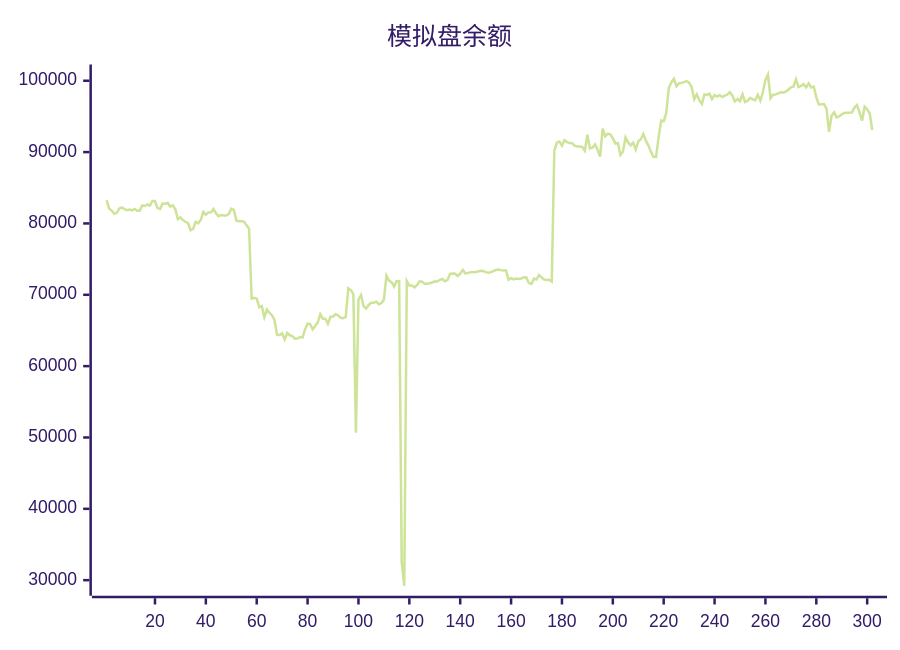
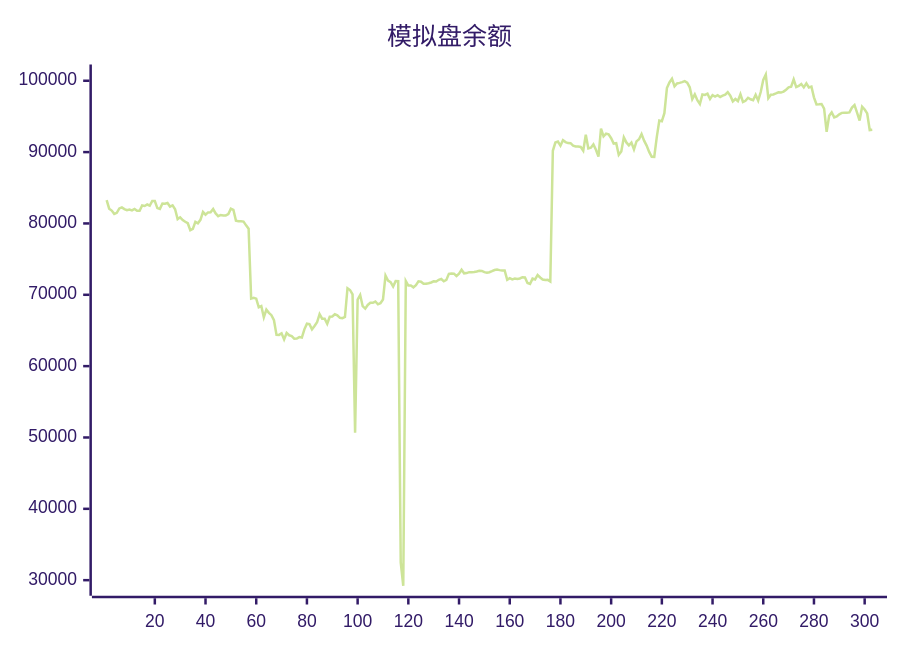
The diagram in README.md (aahl/ai-trading), drawn with Mermaid (forest theme) before and after one commit. The commit also changed other lines of this file and 1 other file, not shown here.

````diff
--- a/README.md
+++ b/README.md
@@ -5,5 +5,5 @@
 ```mermaid
 xychart
     title "模拟盘余额"
-    line [83275,82072,81806,81344,81492,82109,82254,82006,81848,81955,81829,82022,81769,81776,82522,82441,82656,82498,83144,83144,82150,82038,82797,82763,82872,82367,82536,81981,80612,80862,80484,80242,80034,79063,79245,80226,80016,80507,81625,81233,81544,81578,82016,81401,81019,81186,81130,81118,81306,82066,81909,80392,80304,80291,80258,79729,79261,69466,69579,69456,68251,68415,66832,67911,67462,67144,66432,64380,64375,64606,63740,64647,64324,64216,63842,63877,64078,64008,65156,65945,65888,65157,65625,66144,67284,66653,66639,65924,66925,66956,67263,67108,66766,66729,66886,70927,70673,70049,50652,69334,69973,68400,68061,68578,68876,68879,69055,68662,68822,69329,72687,71999,71760,71162,71911,71896,32500,29218,71927,71297,71305,71044,71337,71883,71822,71536,71536,71622,71723,71880,71860,72100,72216,71887,72077,72940,72976,72966,72638,72948,73497,73004,73041,73173,73160,73186,73258,73375,73351,73173,73098,73161,73305,73474,73536,73457,73413,73412,72100,72333,72164,72272,72204,72285,72461,72421,71652,71521,72267,72157,72774,72424,72144,72060,72091,71858,90185,91338,91466,90900,91678,91404,91268,91244,90903,90779,90787,90721,90187,92429,90518,90619,91070,90328,89376,93286,92202,92581,92485,91947,91196,91259,89619,90086,92063,91355,90950,91327,90373,91498,91800,92531,91603,90910,90031,89351,89334,92097,94406,94315,95455,98972,99763,100286,99229,99622,99701,99805,99938,99738,99082,97430,98094,97267,96741,98081,98013,98194,97447,97983,97789,97969,97729,97911,98043,98405,97912,97120,97448,97154,98095,97021,97190,97616,97402,97263,98035,97210,98424,100120,100876,97552,98049,98085,98228,98388,98342,98488,98750,99086,99181,100188,99107,99272,99553,99072,99636,99061,99186,97674,96679,96704,96743,96096,92830,95088,95560,94866,94995,95295,95497,95531,95527,95559,96236,96597,95538,94422,96363,95972,95418,93094]
+    line [83275,82072,81806,81344,81492,82109,82254,82006,81848,81955,81829,82022,81769,81776,82522,82441,82656,82498,83144,83144,82150,82038,82797,82763,82872,82367,82536,81981,80612,80862,80484,80242,80034,79063,79245,80226,80016,80507,81625,81233,81544,81578,82016,81401,81019,81186,81130,81118,81306,82066,81909,80392,80304,80291,80258,79729,79261,69466,69579,69456,68251,68415,66832,67911,67462,67144,66432,64380,64375,64606,63740,64647,64324,64216,63842,63877,64078,64008,65156,65945,65888,65157,65625,66144,67284,66653,66639,65924,66925,66956,67263,67108,66766,66729,66886,70927,70673,70049,50652,69334,69973,68400,68061,68578,68876,68879,69055,68662,68822,69329,72687,71999,71760,71162,71911,71896,32500,29218,71927,71297,71305,71044,71337,71883,71822,71536,71536,71622,71723,71880,71860,72100,72216,71887,72077,72940,72976,72966,72638,72948,73497,73004,73041,73173,73160,73186,73258,73375,73351,73173,73098,73161,73305,73474,73536,73457,73413,73412,72100,72333,72164,72272,72204,72285,72461,72421,71652,71521,72267,72157,72774,72424,72144,72060,72091,71858,90185,91338,91466,90900,91678,91404,91268,91244,90903,90779,90787,90721,90187,92429,90518,90619,91070,90328,89376,93286,92202,92581,92485,91947,91196,91259,89619,90086,92063,91355,90950,91327,90373,91498,91800,92531,91603,90910,90031,89351,89334,92097,94406,94315,95455,98972,99763,100286,99229,99622,99701,99805,99938,99738,99082,97430,98094,97267,96741,98081,98013,98194,97447,97983,97789,97969,97729,97911,98043,98405,97912,97120,97448,97154,98095,97021,97190,97616,97402,97263,98035,97210,98424,100120,100876,97552,98049,98085,98228,98388,98342,98488,98750,99086,99181,100188,99107,99272,99553,99072,99636,99061,99186,97674,96679,96704,96743,96096,92830,95088,95560,94866,94995,95295,95497,95531,95527,95559,96236,96597,95538,94422,96363,95972,95418,93094,93128]
 ```
````
